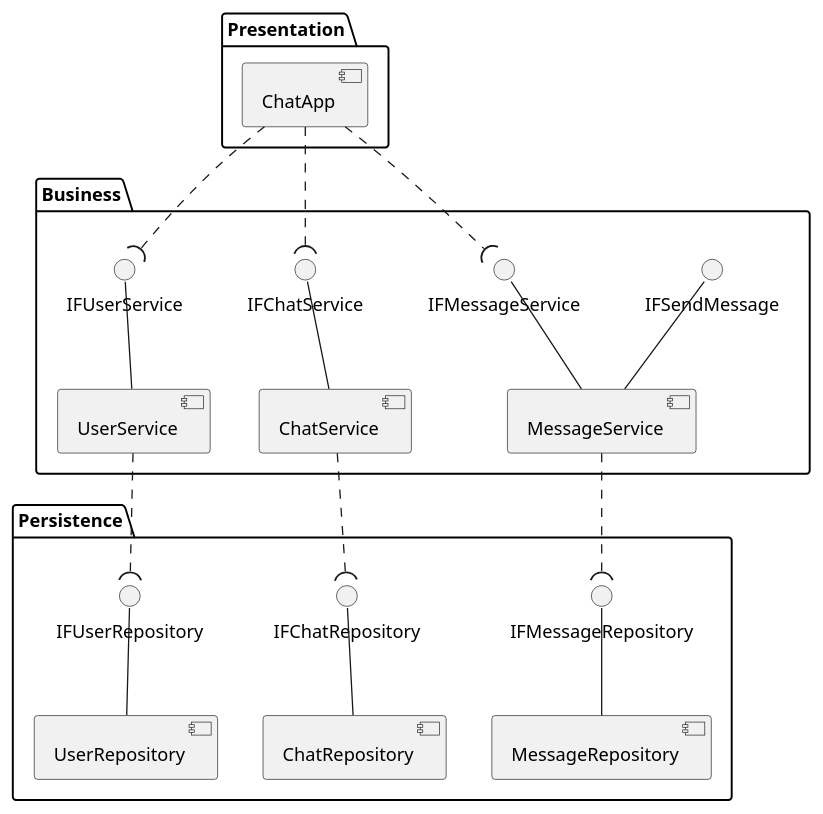
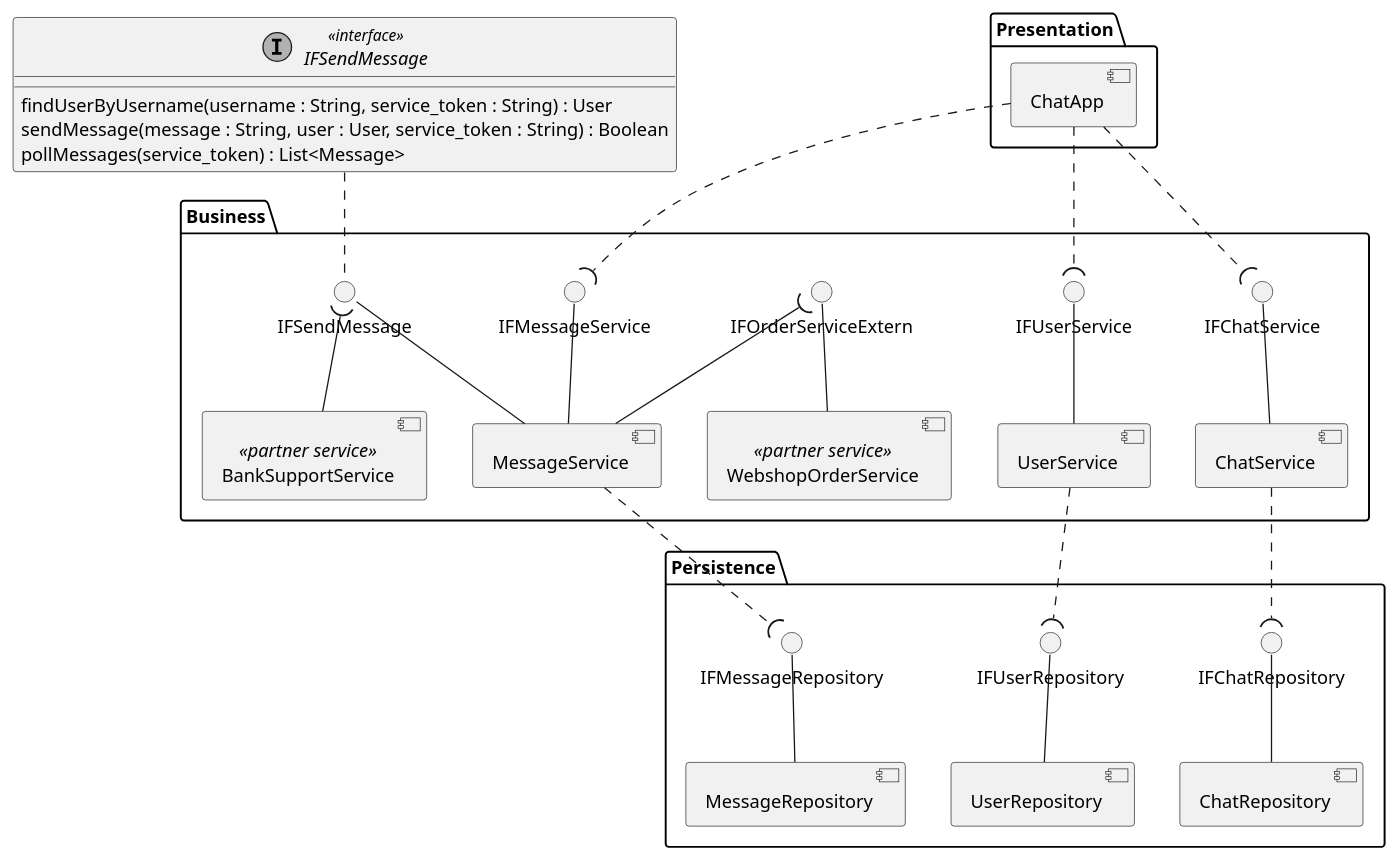
One commit to bbenno/oth-sw changed the diagram in src/doc/uml-component.puml. Above: the diagram before and after it, drawn with PlantUML.

Commit message:
Add partner Services

```diff
--- a/src/doc/uml-component.puml
+++ b/src/doc/uml-component.puml
@@ -1,32 +1,62 @@
 @startuml chat-component
+allow_mixing
 skinparam monochrome true
 ' Presentation Layer
 package "Presentation" {
-    [ChatApp]
+    component ChatApp
 }
 
 ' Busines (Logic) Layer
 package "Business" {
-    [UserService] -up- IFUserService
-    [ChatService] -up- IFChatService
-    [MessageService] -up- IFMessageService
-    [MessageService] -up- IFSendMessage
+    component UserService
+    component ChatService
+    component MessageService
+    () IFUserService
+    () IFChatService
+    () IFMessageService
+    () "IFSendMessage" as IFSendMessageLolli
+    UserService    -up- IFUserService
+    ChatService    -up- IFChatService
+    MessageService -up- IFMessageService
+    MessageService -up- IFSendMessageLolli
+
+    component WebshopOrderService <<partner service>>
+    () IFOrderServiceExtern
+    WebshopOrderService -up- IFOrderServiceExtern
+    MessageService -up-( IFOrderServiceExtern
+
+    component BankSupportService <<partner service>>
+    BankSupportService -up-( IFSendMessageLolli
 }
 
 ' Persistence Layer
 package "Persistence" {
-    [UserRepository] -up- IFUserRepository
-    [ChatRepository] -up- IFChatRepository
-    [MessageRepository] -up- IFMessageRepository
+    component UserRepository
+    component ChatRepository
+    component MessageRepository
+    () IFUserRepository
+    () IFChatRepository
+    () IFMessageRepository
+    UserRepository    -up- IFUserRepository
+    ChatRepository    -up- IFChatRepository
+    MessageRepository -up- IFMessageRepository
 }
 
+interface IFSendMessage <<interface>> {
+    findUserByUsername(username : String, service_token : String) : User
+    sendMessage(message : String, user : User, service_token : String) : Boolean
+    pollMessages(service_token) : List<Message>
+}
+
+IFSendMessageLolli .up. IFSendMessage
+
 ' Connect presentation layer to busines layer
-[ChatApp] .down.( IFUserService
-[ChatApp] .down.( IFChatService
-[ChatApp] .down.( IFMessageService
+ChatApp .down.( IFUserService
+ChatApp .down.( IFChatService
+ChatApp .down.( IFMessageService
 
 ' Connect business layer to persistence layer
-[UserService] .down.( IFUserRepository
-[ChatService] .down.( IFChatRepository
-[MessageService] .down.( IFMessageRepository
+UserService .down.( IFUserRepository
+ChatService .down.( IFChatRepository
+MessageService .down.( IFMessageRepository
 @enduml
```
